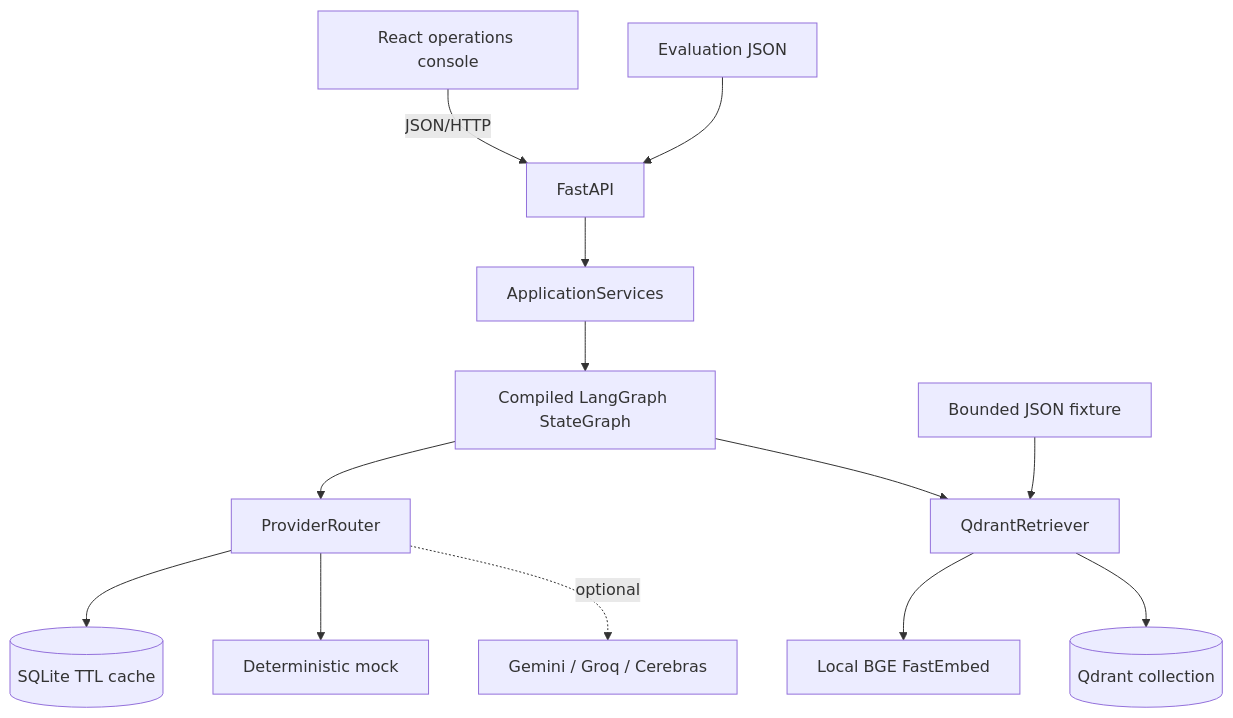
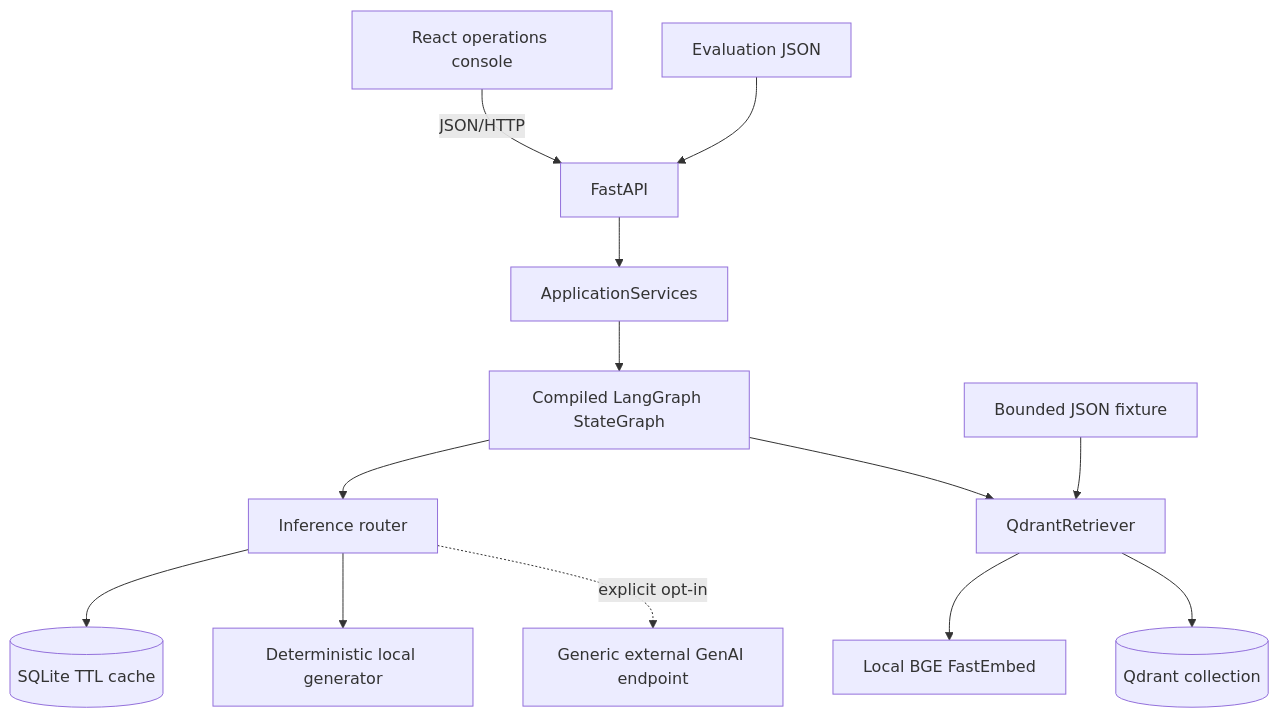
The diagram in docs/architecture.md (Praciller/customer-support-rag-triage-agent), drawn with Mermaid before and after one commit. The commit also changed other lines of this file and 15 other files, not shown here.

First line of the commit message:
Keep inference vendor-neutral with local default

````diff
--- a/docs/architecture.md
+++ b/docs/architecture.md
@@ -5,15 +5,15 @@
 ```mermaid
 flowchart TB
   Browser[React operations console] -->|JSON/HTTP| API[FastAPI]
   API --> Services[ApplicationServices]
   Services --> Graph[Compiled LangGraph StateGraph]
-  Graph --> Router[ProviderRouter]
+  Graph --> Router[Inference router]
   Router --> Cache[(SQLite TTL cache)]
-  Router --> Mock[Deterministic mock]
-  Router -. optional .-> Providers[Gemini / Groq / Cerebras]
+  Router --> Local[Deterministic local generator]
+  Router -. explicit opt-in .-> External[Generic external GenAI endpoint]
   Graph --> Retriever[QdrantRetriever]
   Retriever --> Embedder[Local BGE FastEmbed]
   Retriever --> Qdrant[(Qdrant collection)]
   Bootstrap[Bounded JSON fixture] --> Retriever
   Reports[Evaluation JSON] --> API
 ```
````
